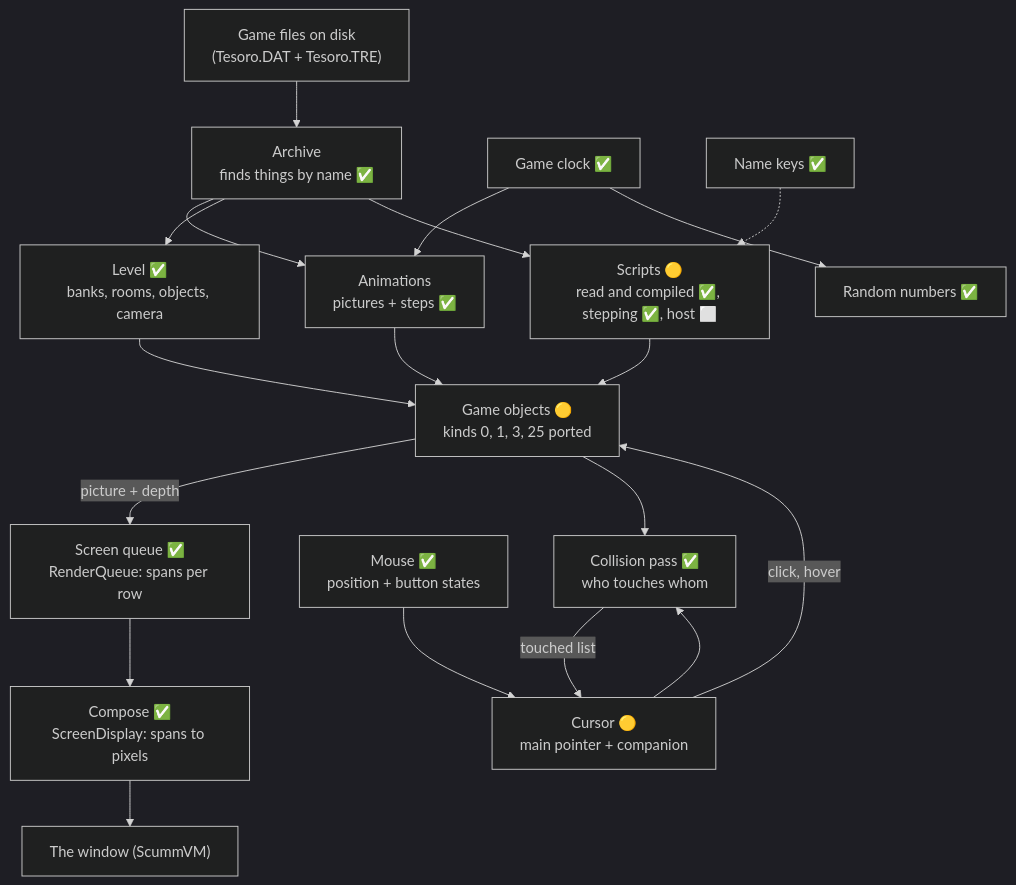
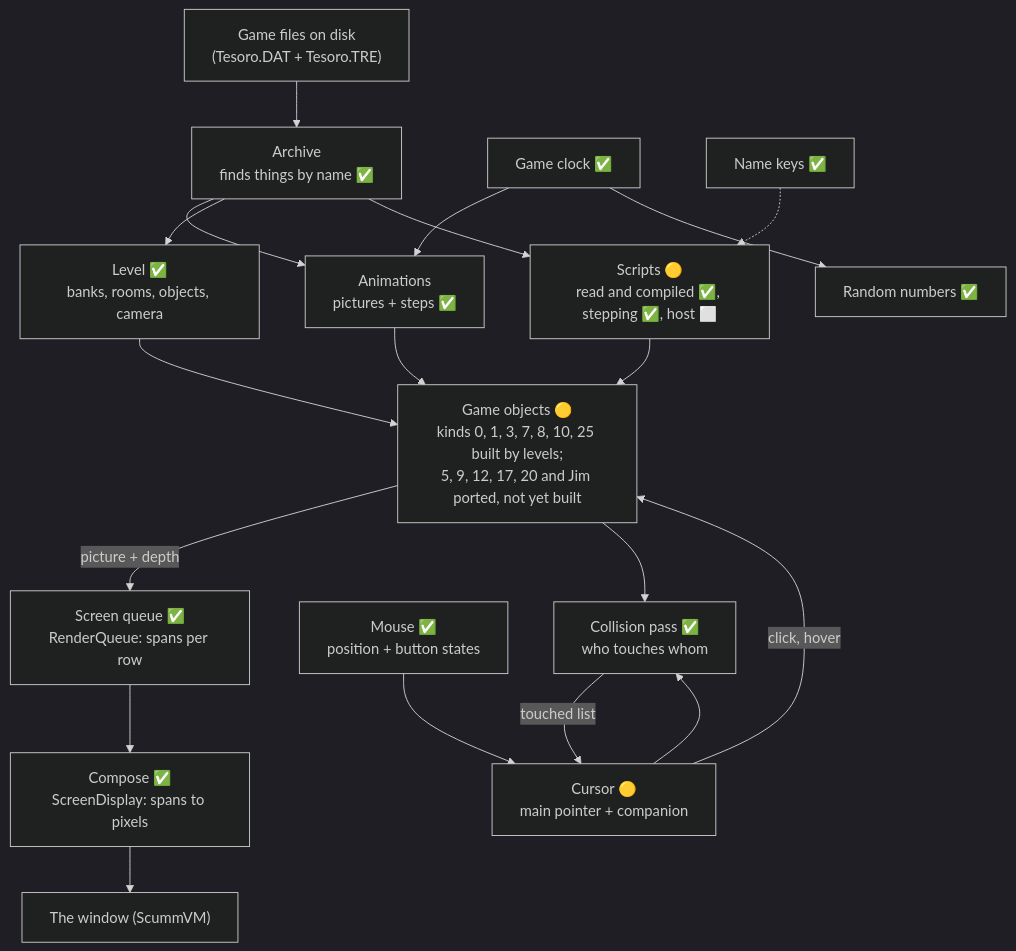
The first of 8 diagrams in re/SUBSYSTEMS.md (kelmer44/tesoro-stuff), drawn with Mermaid (dark theme) before and after one commit. The commit also changed other lines of this file and 25 other files, not shown here.

````diff
--- a/re/SUBSYSTEMS.md
+++ b/re/SUBSYSTEMS.md
@@ -17,21 +17,21 @@
 ```mermaid
 flowchart TD
     Disk["Game files on disk<br/>(Tesoro.DAT + Tesoro.TRE)"] --> Archive["Archive<br/>finds things by name ✅"]
     Archive --> Anim["Animations<br/>pictures + steps ✅"]
     Archive --> Level["Level ✅<br/>banks, rooms, objects, camera"]
     Clock["Game clock ✅"] --> Anim
-    Anim --> Objects["Game objects 🟡<br/>kinds 0, 1, 3, 25 ported"]
+    Anim --> Objects["Game objects 🟡<br/>kinds 0, 1, 3, 7, 8, 10, 25 built by levels;<br/>5, 9, 12, 17, 20 and Jim ported, not yet built"]
     Level --> Objects
     Objects -->|"picture + depth"| Queue["Screen queue ✅<br/>RenderQueue: spans per row"]
     Queue --> Compose["Compose ✅<br/>ScreenDisplay: spans to pixels"]
     Compose --> Window["The window (ScummVM)"]
     Mouse["Mouse ✅<br/>position + button states"] --> Cursor["Cursor 🟡<br/>main pointer + companion"]
     Cursor --> Collide["Collision pass ✅<br/>who touches whom"]
     Objects --> Collide
     Collide -->|"touched list"| Cursor
     Cursor -->|"click, hover"| Objects
     Clock --> Random["Random numbers ✅"]
     Names["Name keys ✅"] -.-> Scripts["Scripts 🟡<br/>read and compiled ✅, stepping ✅, host ⬜"]
     Archive --> Scripts
     Scripts --> Objects
 ```
````
